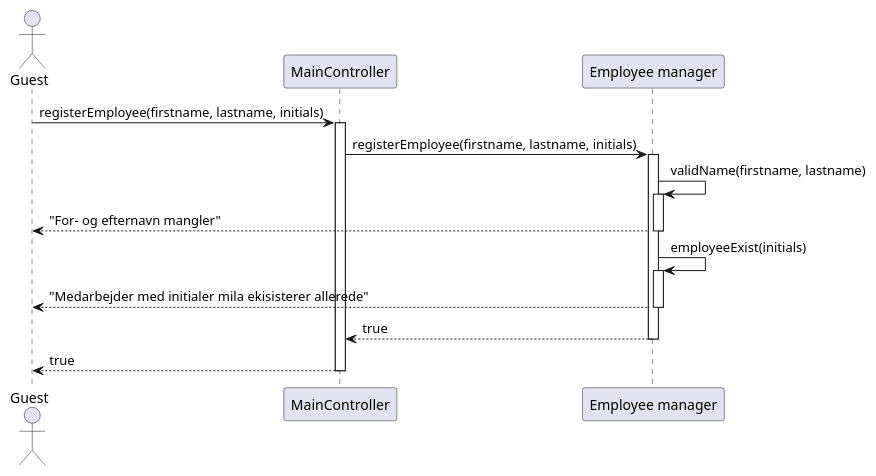
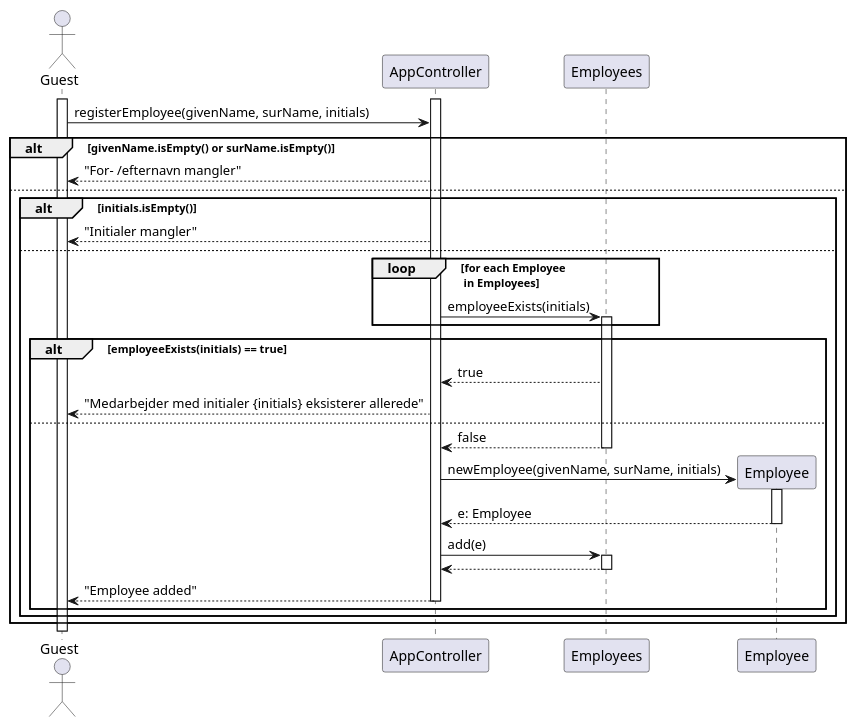
The diagram in RequirementsAndDesign/SequenceDiagrams/seq_register_employee.puml (rwiuff/02161ExamProject), drawn with PlantUML before and after one commit. The commit also changed 38 other files, not shown here.

Commit message:
Cleanup in graphics

```diff
--- a/RequirementsAndDesign/SequenceDiagrams/seq_register_employee.puml
+++ b/RequirementsAndDesign/SequenceDiagrams/seq_register_employee.puml
@@ -1,26 +1,44 @@
-@startuml
+@startuml registerEmployee
 actor "Guest" as guest
-participant "MainController" as app
-participant "Employee manager" as em
+participant "AppController" as app
+participant "Employees" as em
+participant "Employee" as inst
 
-guest -> app : registerEmployee(firstname, lastname, initials)
+activate guest
 activate app
+guest -> app: registerEmployee(givenName, surName, initials)
 
+alt givenName.isEmpty() or surName.isEmpty()
 
-app -> em : registerEmployee(firstname, lastname, initials)
+app --> guest: "For- /efternavn mangler"
+
+else 
+alt initials.isEmpty()
+app --> guest: "Initialer mangler"
+
+else
+
+loop for each Employee \n in Employees
+app -> em: employeeExists(initials)
 activate em
-
-em -> em : validName(firstname, lastname)
-activate em 
-em --> guest : "For- og efternavn mangler"
-deactivate em 
-
-em -> em : employeeExist(initials)
-activate em 
-em --> guest : "Medarbejder med initialer mila ekisisterer allerede"
-deactivate em 
-
-return true
-return true
-
+end
+alt employeeExists(initials) == true
+em --> app: true
+app --> guest: "Medarbejder med initialer {initials} eksisterer allerede"
+else
+em --> app: false
+deactivate em
+app -> inst **: newEmployee(givenName, surName, initials)
+activate inst
+inst --> app: e: Employee
+deactivate inst
+app -> em: add(e)
+activate em
+em --> app
+deactivate em
+app --> guest: "Employee added"
+deactivate app
+end
+end
+end
 @enduml
```
